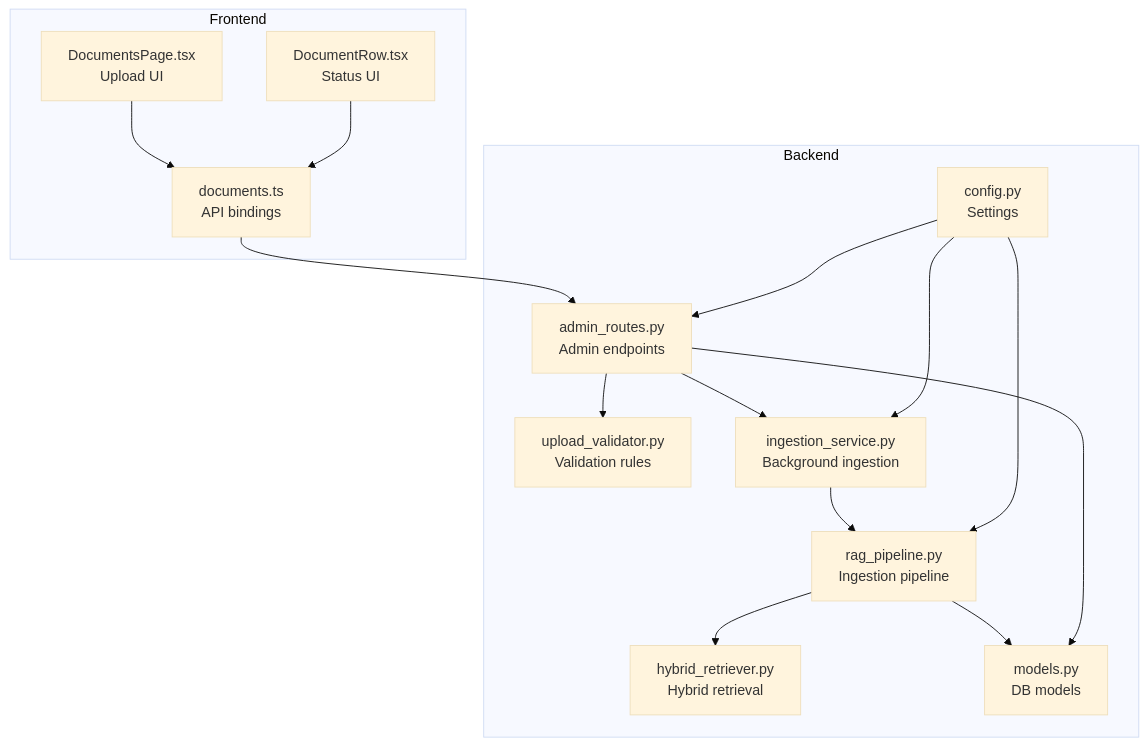
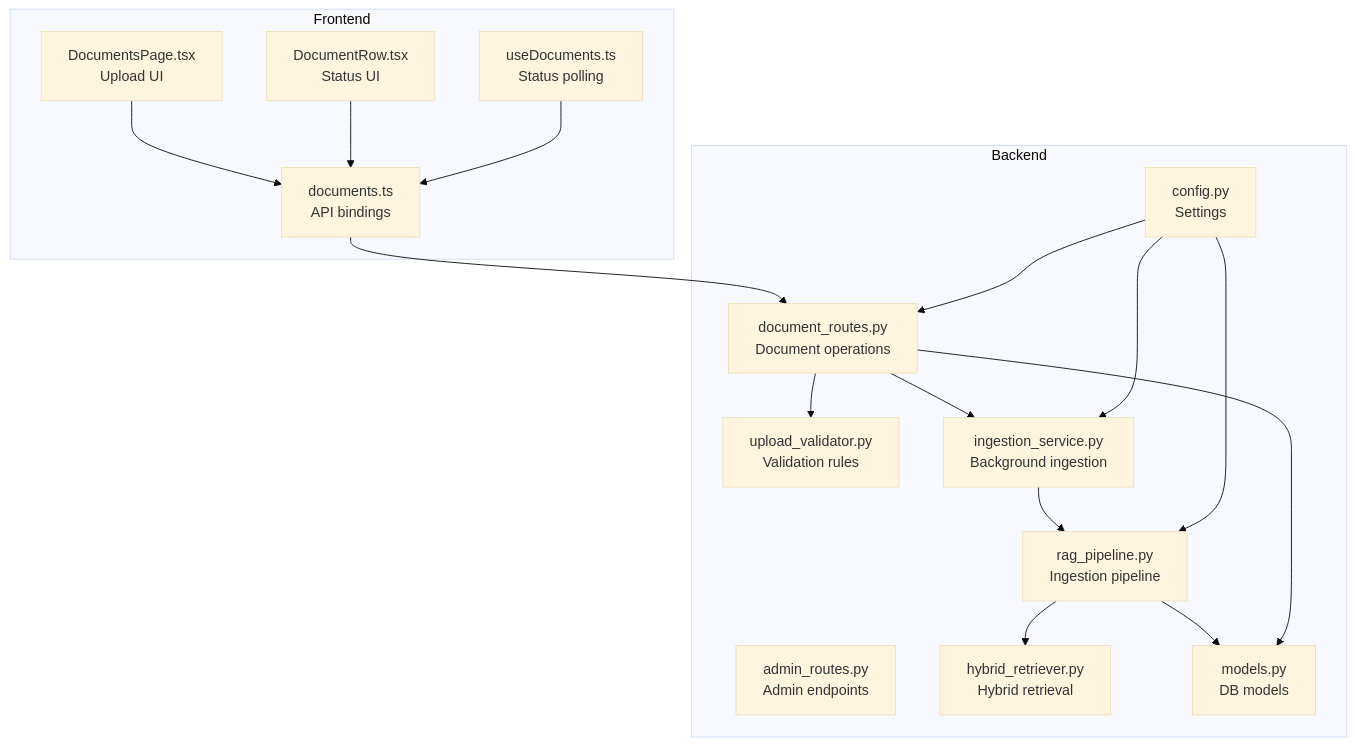
The first of 4 diagrams in .qoder/repowiki/en/content/API Reference/Administrative API/Document Management API.md (genes8/private-ai), drawn with Mermaid (base theme) before and after one commit. The commit also changed other lines of this file and 19 other files, not shown here.

````diff
--- a/.qoder/repowiki/en/content/API Reference/Administrative API/Document Management API.md
+++ b/.qoder/repowiki/en/content/API Reference/Administrative API/Document Management API.md
@@ -40,29 +50,32 @@
 ```mermaid
 graph TB
 subgraph "Backend"
 AR["admin_routes.py<br/>Admin endpoints"]
+DR["document_routes.py<br/>Document operations"]
 UV["upload_validator.py<br/>Validation rules"]
 IS["ingestion_service.py<br/>Background ingestion"]
 RP["rag_pipeline.py<br/>Ingestion pipeline"]
 HR["hybrid_retriever.py<br/>Hybrid retrieval"]
 DBM["models.py<br/>DB models"]
 CFG["config.py<br/>Settings"]
 end
 subgraph "Frontend"
 FE_DocAPI["documents.ts<br/>API bindings"]
 FE_DocPage["DocumentsPage.tsx<br/>Upload UI"]
 FE_DocRow["DocumentRow.tsx<br/>Status UI"]
+FE_UseDocs["useDocuments.ts<br/>Status polling"]
 end
-FE_DocAPI --> AR
+FE_DocAPI --> DR
 FE_DocPage --> FE_DocAPI
 FE_DocRow --> FE_DocAPI
-AR --> UV
-AR --> IS
+FE_UseDocs --> FE_DocAPI
+DR --> UV
+DR --> IS
 IS --> RP
 RP --> HR
 RP --> DBM
-AR --> DBM
-CFG --> AR
+DR --> DBM
+CFG --> DR
 CFG --> IS
 CFG --> RP
 ```
````
